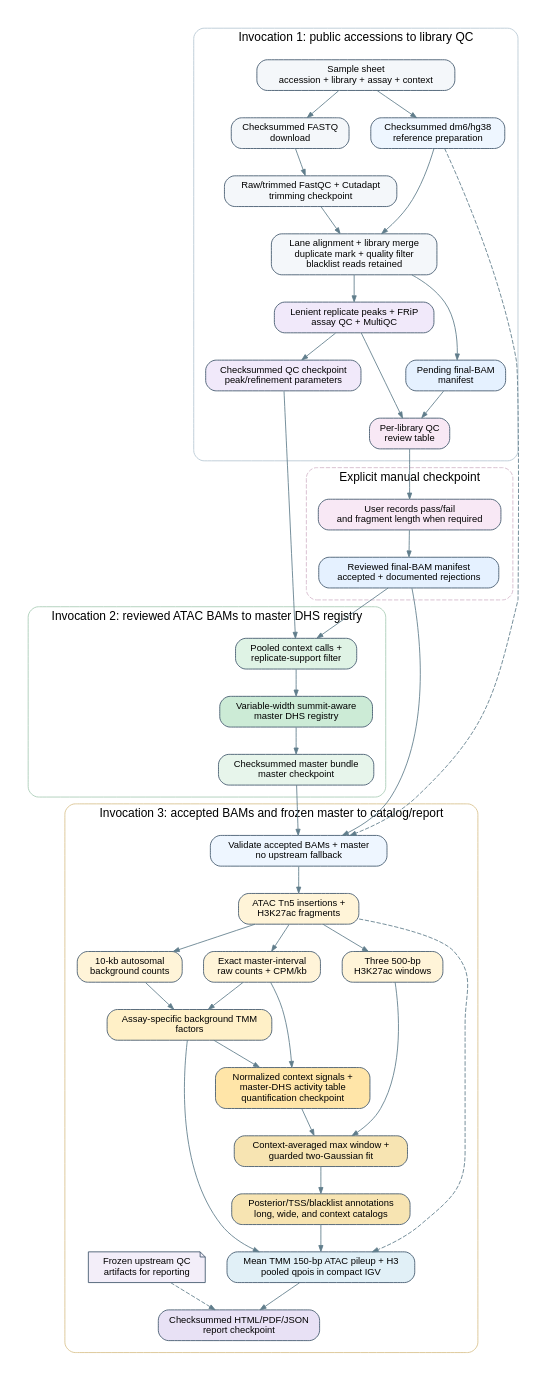
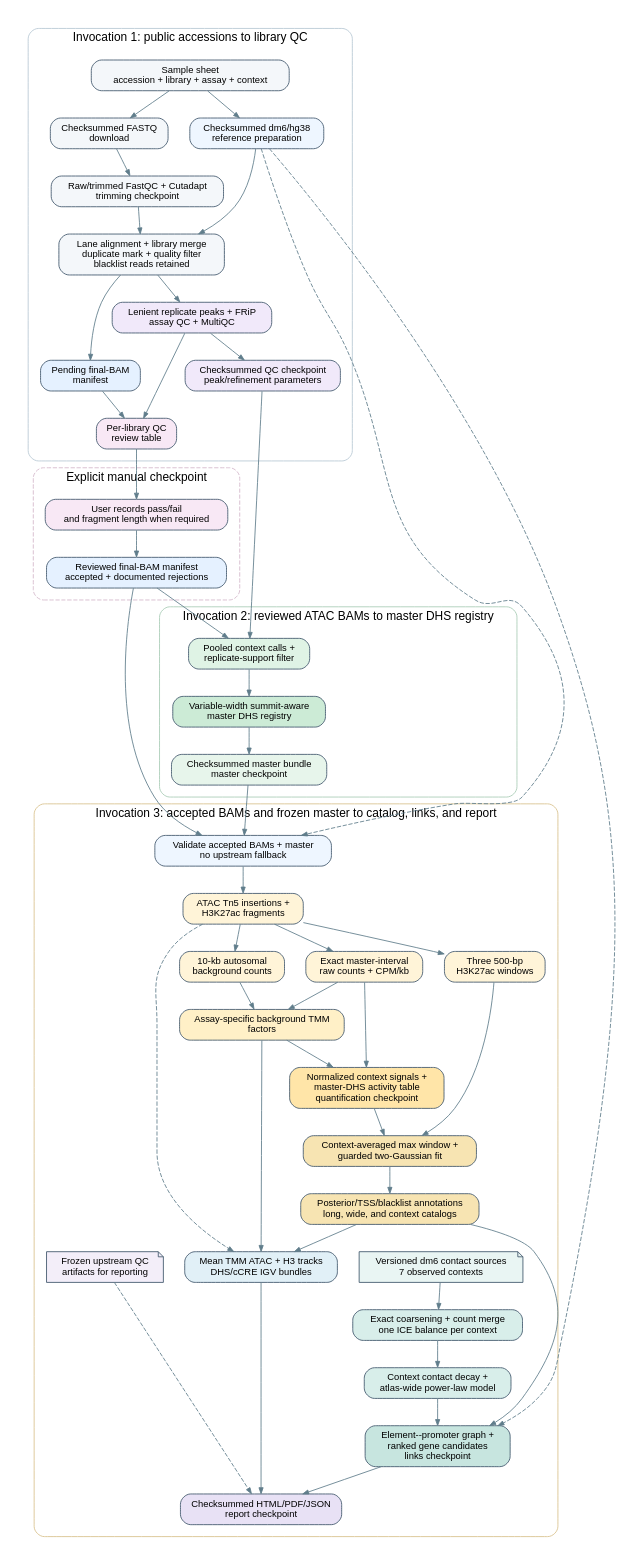
One commit to laiker96/drosophila-cCREs changed the diagram in docs/workflow-dag.dot. Above: the diagram before and after it, drawn with Graphviz. The commit also changed 32 other files, not shown here.

Commit message:
Add context contact normalization and candidate links

```diff
--- a/docs/workflow-dag.dot
+++ b/docs/workflow-dag.dot
@@ -1,104 +1,113 @@
 digraph workflow {
   graph [rankdir=TB, bgcolor="#ffffff", pad=0.25, nodesep=0.35,
          ranksep=0.45, newrank=true, compound=true, fontname="Helvetica"];
   node [shape=box, style="rounded,filled", fontname="Helvetica", fontsize=11,
         color="#40566b", fillcolor="#f4f7fa", margin="0.13,0.08"];
   edge [color="#607d8b", arrowsize=0.7];
 
   subgraph cluster_qc {
     label="Invocation 1: public accessions to library QC";
     color="#b8c8d4";
     style="rounded";
     margin=14;
 
     inputs [label="Sample sheet\naccession + library + assay + context"];
     download [label="Checksummed FASTQ\ndownload"];
     reference [label="Checksummed dm6/hg38\nreference preparation", fillcolor="#eef6ff"];
     trim [label="Raw/trimmed FastQC + Cutadapt\ntrimming checkpoint"];
     align [label="Lane alignment + library merge\nduplicate mark + quality filter\nblacklist reads retained"];
     bammanifest [label="Pending final-BAM\nmanifest", fillcolor="#e5f1ff"];
     qc [label="Lenient replicate peaks + FRiP\nassay QC + MultiQC", fillcolor="#f1e9fa"];
     qccheckpoint [label="Checksummed QC checkpoint\npeak/refinement parameters", fillcolor="#f1e9fa"];
     reviewtable [label="Per-library QC\nreview table", fillcolor="#f8e8f5"];
 
     inputs -> download -> trim -> align;
     inputs -> reference;
     reference -> align;
     align -> bammanifest;
     align -> qc;
     qc -> qccheckpoint;
     bammanifest -> reviewtable;
     qc -> reviewtable;
     {rank=same; download; reference;}
     {rank=same; bammanifest; qccheckpoint;}
   }
 
   subgraph cluster_review {
     label="Explicit manual checkpoint";
     color="#d4b8ca";
     style="rounded,dashed";
     margin=14;
 
     review [label="User records pass/fail\nand fragment length when required", fillcolor="#f8e8f5"];
     reviewedbam [label="Reviewed final-BAM manifest\naccepted + documented rejections", fillcolor="#e5f1ff"];
 
     review -> reviewedbam;
   }
 
   subgraph cluster_master {
     label="Invocation 2: reviewed ATAC BAMs to master DHS registry";
     color="#a9ccb5";
     style="rounded";
     margin=14;
 
     context [label="Pooled context calls +\nreplicate-support filter", fillcolor="#dff3e5"];
     master [label="Variable-width summit-aware\nmaster DHS registry", fillcolor="#ccebd6"];
     mastermanifest [label="Checksummed master bundle\nmaster checkpoint", fillcolor="#e7f5eb"];
 
     context -> master -> mastermanifest;
   }
 
   subgraph cluster_activity {
-    label="Invocation 3: accepted BAMs and frozen master to catalog/report";
+    label="Invocation 3: accepted BAMs and frozen master to catalog, links, and report";
     color="#d9c18c";
     style="rounded";
     margin=14;
 
     validate [label="Validate accepted BAMs + master\nno upstream fallback", fillcolor="#eef6ff"];
     units [label="ATAC Tn5 insertions +\nH3K27ac fragments", fillcolor="#fff4d8"];
     exact [label="Exact master-interval\nraw counts + CPM/kb", fillcolor="#fff4d8"];
     background [label="10-kb autosomal\nbackground counts", fillcolor="#fff4d8"];
     windows [label="Three 500-bp\nH3K27ac windows", fillcolor="#fff4d8"];
     tmm [label="Assay-specific background TMM\nfactors", fillcolor="#fff0c7"];
     quantify [label="Normalized context signals +\nmaster-DHS activity table\nquantification checkpoint", fillcolor="#ffe5a8"];
     mixture [label="Context-averaged max window +\nguarded two-Gaussian fit", fillcolor="#f7e4b2"];
     catalog [label="Posterior/TSS/blacklist annotations\nlong, wide, and context catalogs", fillcolor="#f7e4b2"];
-    browser [label="Mean TMM 150-bp ATAC pileup + H3\npooled qpois in compact IGV", fillcolor="#e1f0f7"];
+    browser [label="Mean TMM ATAC + H3 tracks\nDHS/cCRE IGV bundles", fillcolor="#e1f0f7"];
+    contacts [label="Versioned dm6 contact sources\n7 observed contexts", shape=note, fillcolor="#e9f5f3"];
+    normalizecontacts [label="Exact coarsening + count merge\none ICE balance per context", fillcolor="#d8eeea"];
+    decay [label="Context contact decay +\natlas-wide power-law model", fillcolor="#d8eeea"];
+    links [label="Element--promoter graph +\nranked gene candidates\nlinks checkpoint", fillcolor="#c7e5df"];
     sources [label="Frozen upstream QC\nartifacts for reporting", shape=note, fillcolor="#f3eef9"];
     report [label="Checksummed HTML/PDF/JSON\nreport checkpoint", fillcolor="#e8e1f5"];
 
     validate -> units;
     units -> exact;
     units -> background;
     units -> windows;
     exact -> tmm;
     background -> tmm;
     exact -> quantify;
     tmm -> quantify;
     windows -> mixture;
     quantify -> mixture -> catalog;
     units -> browser [style=dashed];
     tmm -> browser;
-    catalog -> browser -> report;
+    catalog -> browser;
+    contacts -> normalizecontacts -> decay -> links;
+    catalog -> links;
+    browser -> report;
+    links -> report;
     sources -> report [style=dashed];
     {rank=same; exact; background; windows;}
-    {rank=same; browser; sources;}
+    {rank=same; browser; contacts; sources;}
   }
 
   reviewtable -> review;
   reviewedbam -> context;
   qccheckpoint -> context;
   reviewedbam -> validate;
   mastermanifest -> validate;
   reference -> validate [style=dashed, constraint=false];
+  reference -> links [style=dashed, constraint=false];
 }
```
